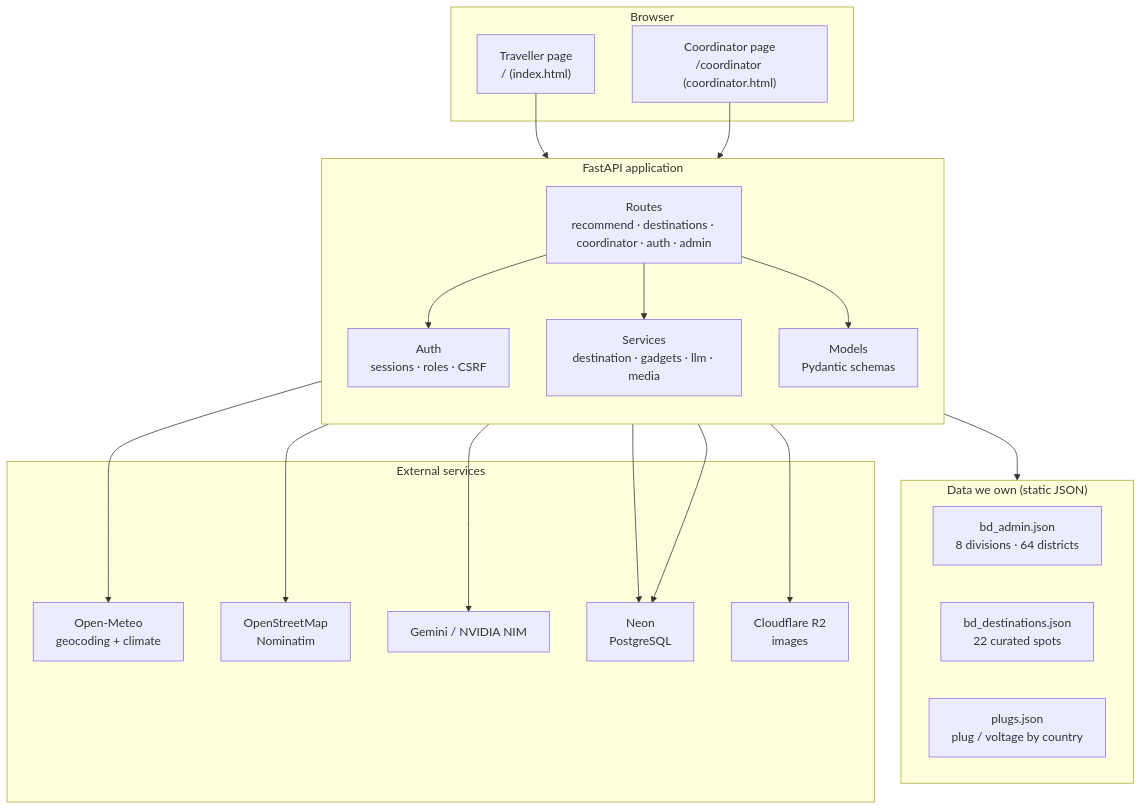
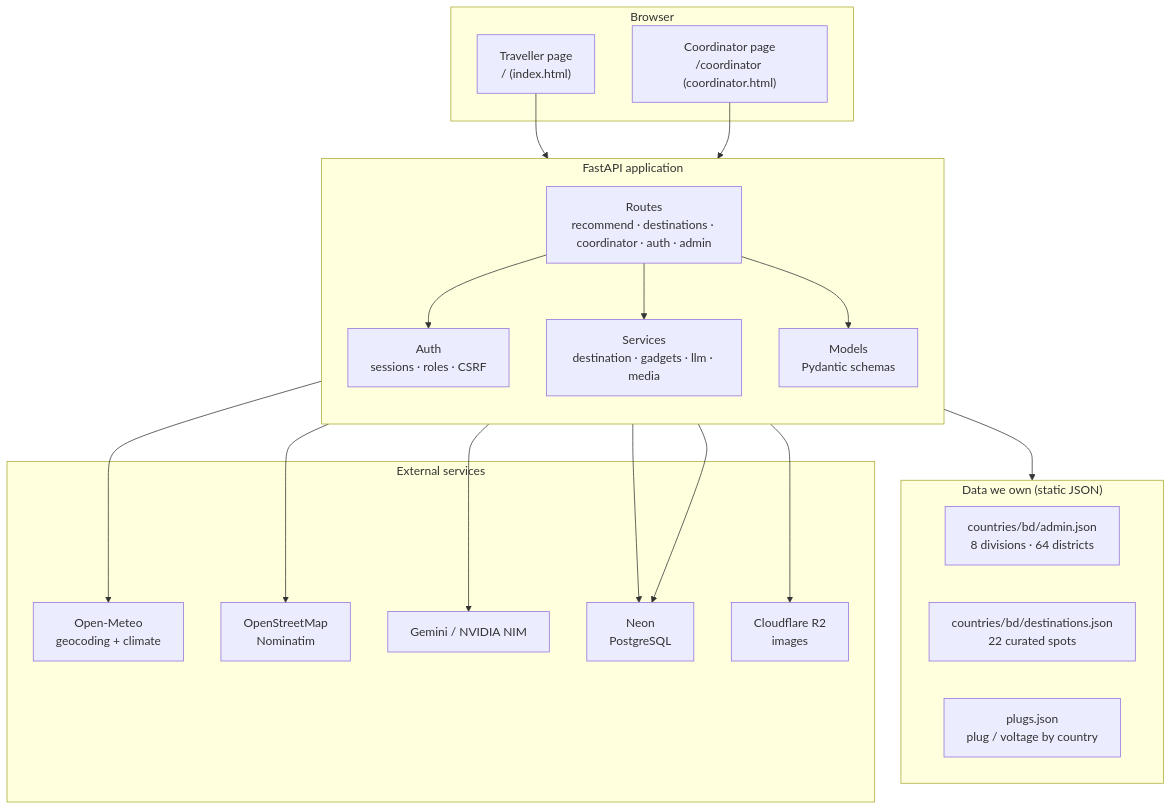
Before and after one commit to Hassan644050/Trek_XP: the first of 4 diagrams in docs/ARCHITECTURE.md, drawn with Mermaid. The commit also changed other lines of this file and 14 other files, not shown here.

````diff
--- a/docs/ARCHITECTURE.md
+++ b/docs/ARCHITECTURE.md
@@ -33,42 +33,42 @@
 ```mermaid
 flowchart TB
     subgraph clients["Browser"]
         T["Traveller page<br/>/ (index.html)"]
         C["Coordinator page<br/>/coordinator (coordinator.html)"]
     end
 
     subgraph api["FastAPI application"]
         direction TB
         R["Routes<br/>recommend · destinations · coordinator · auth · admin"]
         A["Auth<br/>sessions · roles · CSRF"]
         S["Services<br/>destination · gadgets · llm · media"]
         M["Models<br/>Pydantic schemas"]
     end
 
     subgraph owned["Data we own (static JSON)"]
-        D1["bd_admin.json<br/>8 divisions · 64 districts"]
-        D2["bd_destinations.json<br/>22 curated spots"]
+        D1["countries/bd/admin.json<br/>8 divisions · 64 districts"]
+        D2["countries/bd/destinations.json<br/>22 curated spots"]
         D3["plugs.json<br/>plug / voltage by country"]
     end
 
     subgraph ext["External services"]
         E1["Open-Meteo<br/>geocoding + climate"]
         E2["OpenStreetMap<br/>Nominatim"]
         E3["Gemini / NVIDIA NIM"]
         E4["Neon<br/>PostgreSQL"]
         E5["Cloudflare R2<br/>images"]
     end
 
     T --> R
     C --> R
     R --> A
     R --> S
     R --> M
     A --> E4
     S --> owned
     S --> E1
     S --> E2
     S --> E3
     S --> E4
     S --> E5
 ```
````
